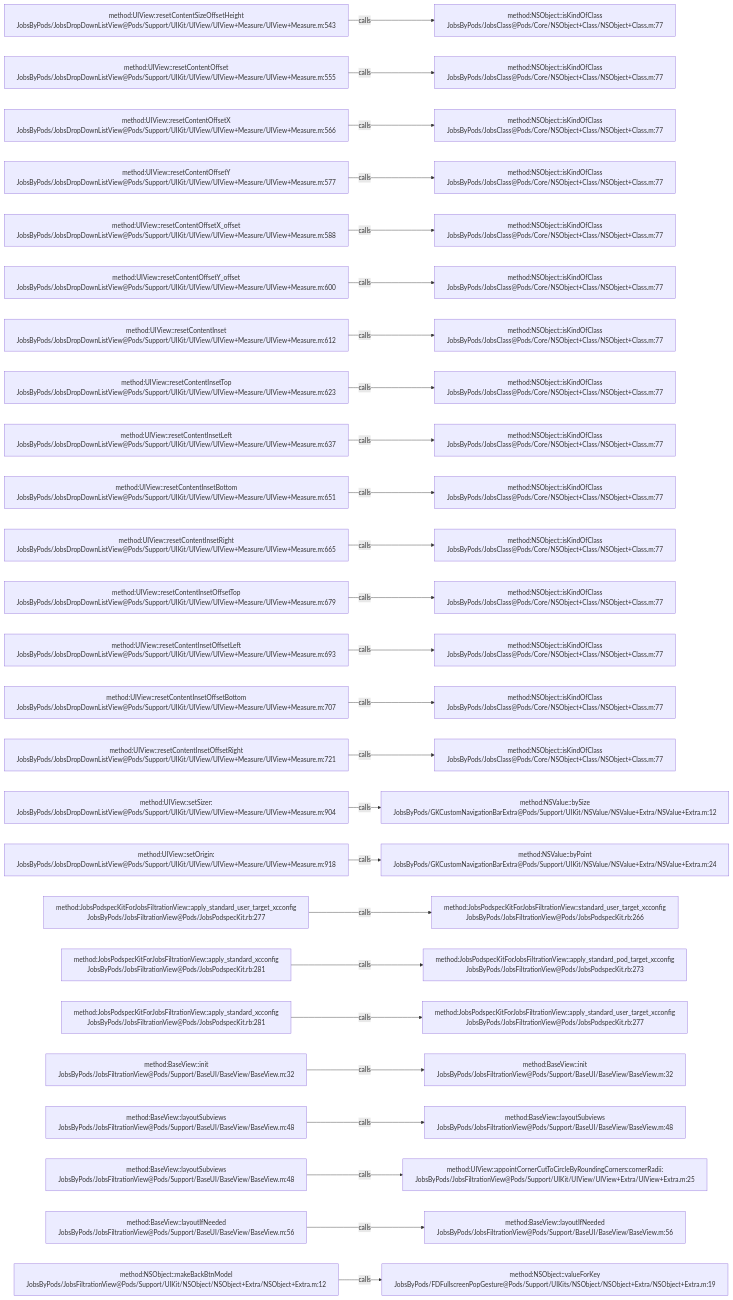
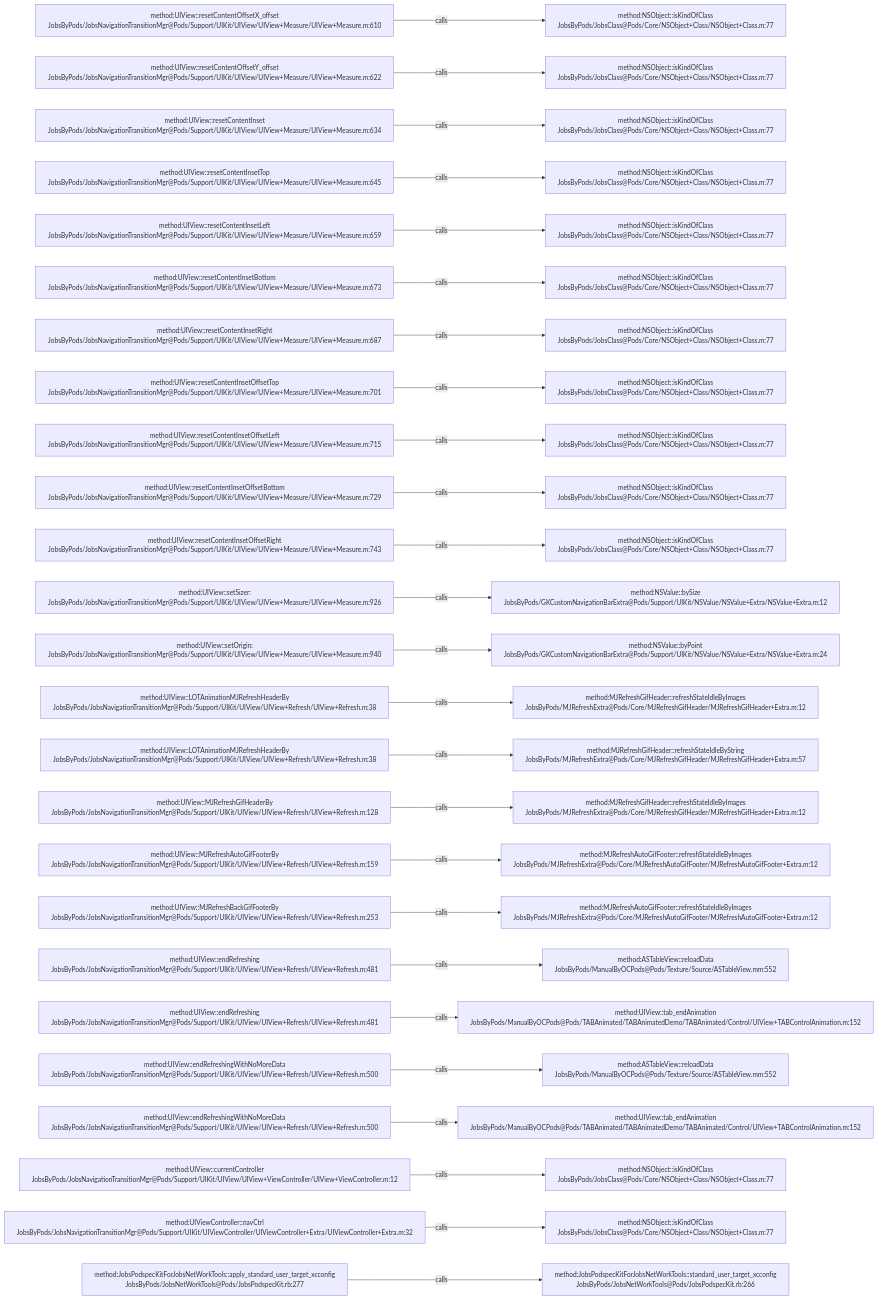
Before and after one commit to JobsKits/JobsOCBaseConfigDemo: the diagram in .codegraph/codegraph.md/graphs/calls-094.md, drawn with Mermaid. The commit also changed 573 other files, not shown here.

````diff
--- a/.codegraph/codegraph.md/graphs/calls-094.md
+++ b/.codegraph/codegraph.md/graphs/calls-094.md
@@ -13,78 +13,78 @@
 ```mermaid
 flowchart LR
-  S1["method:UIView::resetContentSizeOffsetHeight<br/>JobsByPods/JobsDropDownListView@Pods/Support/UIKit/UIView/UIView+Measure/UIView+Measure.m:543"]
+  S1["method:UIView::resetContentOffsetX_offset<br/>JobsByPods/JobsNavigationTransitionMgr@Pods/Support/UIKit/UIView/UIView+Measure/UIView+Measure.m:610"]
   T1["method:NSObject::isKindOfClass<br/>JobsByPods/JobsClass@Pods/Core/NSObject+Class/NSObject+Class.m:77"]
   S1 -->|calls| T1
-  S2["method:UIView::resetContentOffset<br/>JobsByPods/JobsDropDownListView@Pods/Support/UIKit/UIView/UIView+Measure/UIView+Measure.m:555"]
+  S2["method:UIView::resetContentOffsetY_offset<br/>JobsByPods/JobsNavigationTransitionMgr@Pods/Support/UIKit/UIView/UIView+Measure/UIView+Measure.m:622"]
   T2["method:NSObject::isKindOfClass<br/>JobsByPods/JobsClass@Pods/Core/NSObject+Class/NSObject+Class.m:77"]
   S2 -->|calls| T2
-  S3["method:UIView::resetContentOffsetX<br/>JobsByPods/JobsDropDownListView@Pods/Support/UIKit/UIView/UIView+Measure/UIView+Measure.m:566"]
+  S3["method:UIView::resetContentInset<br/>JobsByPods/JobsNavigationTransitionMgr@Pods/Support/UIKit/UIView/UIView+Measure/UIView+Measure.m:634"]
   T3["method:NSObject::isKindOfClass<br/>JobsByPods/JobsClass@Pods/Core/NSObject+Class/NSObject+Class.m:77"]
   S3 -->|calls| T3
-  S4["method:UIView::resetContentOffsetY<br/>JobsByPods/JobsDropDownListView@Pods/Support/UIKit/UIView/UIView+Measure/UIView+Measure.m:577"]
+  S4["method:UIView::resetContentInsetTop<br/>JobsByPods/JobsNavigationTransitionMgr@Pods/Support/UIKit/UIView/UIView+Measure/UIView+Measure.m:645"]
   T4["method:NSObject::isKindOfClass<br/>JobsByPods/JobsClass@Pods/Core/NSObject+Class/NSObject+Class.m:77"]
   S4 -->|calls| T4
-  S5["method:UIView::resetContentOffsetX_offset<br/>JobsByPods/JobsDropDownListView@Pods/Support/UIKit/UIView/UIView+Measure/UIView+Measure.m:588"]
+  S5["method:UIView::resetContentInsetLeft<br/>JobsByPods/JobsNavigationTransitionMgr@Pods/Support/UIKit/UIView/UIView+Measure/UIView+Measure.m:659"]
   T5["method:NSObject::isKindOfClass<br/>JobsByPods/JobsClass@Pods/Core/NSObject+Class/NSObject+Class.m:77"]
   S5 -->|calls| T5
-  S6["method:UIView::resetContentOffsetY_offset<br/>JobsByPods/JobsDropDownListView@Pods/Support/UIKit/UIView/UIView+Measure/UIView+Measure.m:600"]
+  S6["method:UIView::resetContentInsetBottom<br/>JobsByPods/JobsNavigationTransitionMgr@Pods/Support/UIKit/UIView/UIView+Measure/UIView+Measure.m:673"]
   T6["method:NSObject::isKindOfClass<br/>JobsByPods/JobsClass@Pods/Core/NSObject+Class/NSObject+Class.m:77"]
   S6 -->|calls| T6
-  S7["method:UIView::resetContentInset<br/>JobsByPods/JobsDropDownListView@Pods/Support/UIKit/UIView/UIView+Measure/UIView+Measure.m:612"]
+  S7["method:UIView::resetContentInsetRight<br/>JobsByPods/JobsNavigationTransitionMgr@Pods/Support/UIKit/UIView/UIView+Measure/UIView+Measure.m:687"]
   T7["method:NSObject::isKindOfClass<br/>JobsByPods/JobsClass@Pods/Core/NSObject+Class/NSObject+Class.m:77"]
   S7 -->|calls| T7
-  S8["method:UIView::resetContentInsetTop<br/>JobsByPods/JobsDropDownListView@Pods/Support/UIKit/UIView/UIView+Measure/UIView+Measure.m:623"]
+  S8["method:UIView::resetContentInsetOffsetTop<br/>JobsByPods/JobsNavigationTransitionMgr@Pods/Support/UIKit/UIView/UIView+Measure/UIView+Measure.m:701"]
   T8["method:NSObject::isKindOfClass<br/>JobsByPods/JobsClass@Pods/Core/NSObject+Class/NSObject+Class.m:77"]
   S8 -->|calls| T8
-  S9["method:UIView::resetContentInsetLeft<br/>JobsByPods/JobsDropDownListView@Pods/Support/UIKit/UIView/UIView+Measure/UIView+Measure.m:637"]
+  S9["method:UIView::resetContentInsetOffsetLeft<br/>JobsByPods/JobsNavigationTransitionMgr@Pods/Support/UIKit/UIView/UIView+Measure/UIView+Measure.m:715"]
   T9["method:NSObject::isKindOfClass<br/>JobsByPods/JobsClass@Pods/Core/NSObject+Class/NSObject+Class.m:77"]
   S9 -->|calls| T9
-  S10["method:UIView::resetContentInsetBottom<br/>JobsByPods/JobsDropDownListView@Pods/Support/UIKit/UIView/UIView+Measure/UIView+Measure.m:651"]
+  S10["method:UIView::resetContentInsetOffsetBottom<br/>JobsByPods/JobsNavigationTransitionMgr@Pods/Support/UIKit/UIView/UIView+Measure/UIView+Measure.m:729"]
   T10["method:NSObject::isKindOfClass<br/>JobsByPods/JobsClass@Pods/Core/NSObject+Class/NSObject+Class.m:77"]
   S10 -->|calls| T10
-  S11["method:UIView::resetContentInsetRight<br/>JobsByPods/JobsDropDownListView@Pods/Support/UIKit/UIView/UIView+Measure/UIView+Measure.m:665"]
+  S11["method:UIView::resetContentInsetOffsetRight<br/>JobsByPods/JobsNavigationTransitionMgr@Pods/Support/UIKit/UIView/UIView+Measure/UIView+Measure.m:743"]
   T11["method:NSObject::isKindOfClass<br/>JobsByPods/JobsClass@Pods/Core/NSObject+Class/NSObject+Class.m:77"]
   S11 -->|calls| T11
-  S12["method:UIView::resetContentInsetOffsetTop<br/>JobsByPods/JobsDropDownListView@Pods/Support/UIKit/UIView/UIView+Measure/UIView+Measure.m:679"]
-  T12["method:NSObject::isKindOfClass<br/>JobsByPods/JobsClass@Pods/Core/NSObject+Class/NSObject+Class.m:77"]
+  S12["method:UIView::setSizer:<br/>JobsByPods/JobsNavigationTransitionMgr@Pods/Support/UIKit/UIView/UIView+Measure/UIView+Measure.m:926"]
+  T12["method:NSValue::bySize<br/>JobsByPods/GKCustomNavigationBarExtra@Pods/Support/UIKit/NSValue/NSValue+Extra/NSValue+Extra.m:12"]
   S12 -->|calls| T12
-  S13["method:UIView::resetContentInsetOffsetLeft<br/>JobsByPods/JobsDropDownListView@Pods/Support/UIKit/UIView/UIView+Measure/UIView+Measure.m:693"]
-  T13["method:NSObject::isKindOfClass<br/>JobsByPods/JobsClass@Pods/Core/NSObject+Class/NSObject+Class.m:77"]
+  S13["method:UIView::setOrigin:<br/>JobsByPods/JobsNavigationTransitionMgr@Pods/Support/UIKit/UIView/UIView+Measure/UIView+Measure.m:940"]
+  T13["method:NSValue::byPoint<br/>JobsByPods/GKCustomNavigationBarExtra@Pods/Support/UIKit/NSValue/NSValue+Extra/NSValue+Extra.m:24"]
   S13 -->|calls| T13
-  S14["method:UIView::resetContentInsetOffsetBottom<br/>JobsByPods/JobsDropDownListView@Pods/Support/UIKit/UIView/UIView+Measure/UIView+Measure.m:707"]
-  T14["method:NSObject::isKindOfClass<br/>JobsByPods/JobsClass@Pods/Core/NSObject+Class/NSObject+Class.m:77"]
+  S14["method:UIView::LOTAnimationMJRefreshHeaderBy<br/>JobsByPods/JobsNavigationTransitionMgr@Pods/Support/UIKit/UIView/UIView+Refresh/UIView+Refresh.m:38"]
+  T14["method:MJRefreshGifHeader::refreshStateIdleByImages<br/>JobsByPods/MJRefreshExtra@Pods/Core/MJRefreshGifHeader/MJRefreshGifHeader+Extra.m:12"]
   S14 -->|calls| T14
-  S15["method:UIView::resetContentInsetOffsetRight<br/>JobsByPods/JobsDropDownListView@Pods/Support/UIKit/UIView/UIView+Measure/UIView+Measure.m:721"]
-  T15["method:NSObject::isKindOfClass<br/>JobsByPods/JobsClass@Pods/Core/NSObject+Class/NSObject+Class.m:77"]
+  S15["method:UIView::LOTAnimationMJRefreshHeaderBy<br/>JobsByPods/JobsNavigationTransitionMgr@Pods/Support/UIKit/UIView/UIView+Refresh/UIView+Refresh.m:38"]
+  T15["method:MJRefreshGifHeader::refreshStateIdleByString<br/>JobsByPods/MJRefreshExtra@Pods/Core/MJRefreshGifHeader/MJRefreshGifHeader+Extra.m:57"]
   S15 -->|calls| T15
-  S16["method:UIView::setSizer:<br/>JobsByPods/JobsDropDownListView@Pods/Support/UIKit/UIView/UIView+Measure/UIView+Measure.m:904"]
-  T16["method:NSValue::bySize<br/>JobsByPods/GKCustomNavigationBarExtra@Pods/Support/UIKit/NSValue/NSValue+Extra/NSValue+Extra.m:12"]
+  S16["method:UIView::MJRefreshGifHeaderBy<br/>JobsByPods/JobsNavigationTransitionMgr@Pods/Support/UIKit/UIView/UIView+Refresh/UIView+Refresh.m:128"]
+  T16["method:MJRefreshGifHeader::refreshStateIdleByImages<br/>JobsByPods/MJRefreshExtra@Pods/Core/MJRefreshGifHeader/MJRefreshGifHeader+Extra.m:12"]
   S16 -->|calls| T16
-  S17["method:UIView::setOrigin:<br/>JobsByPods/JobsDropDownListView@Pods/Support/UIKit/UIView/UIView+Measure/UIView+Measure.m:918"]
-  T17["method:NSValue::byPoint<br/>JobsByPods/GKCustomNavigationBarExtra@Pods/Support/UIKit/NSValue/NSValue+Extra/NSValue+Extra.m:24"]
+  S17["method:UIView::MJRefreshAutoGifFooterBy<br/>JobsByPods/JobsNavigationTransitionMgr@Pods/Support/UIKit/UIView/UIView+Refresh/UIView+Refresh.m:159"]
+  T17["method:MJRefreshAutoGifFooter::refreshStateIdleByImages<br/>JobsByPods/MJRefreshExtra@Pods/Core/MJRefreshAutoGifFooter/MJRefreshAutoGifFooter+Extra.m:12"]
   S17 -->|calls| T17
-  S18["method:JobsPodspecKitForJobsFiltrationView::apply_standard_user_target_xcconfig<br/>JobsByPods/JobsFiltrationView@Pods/JobsPodspecKit.rb:277"]
-  T18["method:JobsPodspecKitForJobsFiltrationView::standard_user_target_xcconfig<br/>JobsByPods/JobsFiltrationView@Pods/JobsPodspecKit.rb:266"]
+  S18["method:UIView::MJRefreshBackGifFooterBy<br/>JobsByPods/JobsNavigationTransitionMgr@Pods/Support/UIKit/UIView/UIView+Refresh/UIView+Refresh.m:253"]
+  T18["method:MJRefreshAutoGifFooter::refreshStateIdleByImages<br/>JobsByPods/MJRefreshExtra@Pods/Core/MJRefreshAutoGifFooter/MJRefreshAutoGifFooter+Extra.m:12"]
   S18 -->|calls| T18
-  S19["method:JobsPodspecKitForJobsFiltrationView::apply_standard_xcconfig<br/>JobsByPods/JobsFiltrationView@Pods/JobsPodspecKit.rb:281"]
-  T19["method:JobsPodspecKitForJobsFiltrationView::apply_standard_pod_target_xcconfig<br/>JobsByPods/JobsFiltrationView@Pods/JobsPodspecKit.rb:273"]
+  S19["method:UIView::endRefreshing<br/>JobsByPods/JobsNavigationTransitionMgr@Pods/Support/UIKit/UIView/UIView+Refresh/UIView+Refresh.m:481"]
+  T19["method:ASTableView::reloadData<br/>JobsByPods/ManualByOCPods@Pods/Texture/Source/ASTableView.mm:552"]
   S19 -->|calls| T19
-  S20["method:JobsPodspecKitForJobsFiltrationView::apply_standard_xcconfig<br/>JobsByPods/JobsFiltrationView@Pods/JobsPodspecKit.rb:281"]
-  T20["method:JobsPodspecKitForJobsFiltrationView::apply_standard_user_target_xcconfig<br/>JobsByPods/JobsFiltrationView@Pods/JobsPodspecKit.rb:277"]
+  S20["method:UIView::endRefreshing<br/>JobsByPods/JobsNavigationTransitionMgr@Pods/Support/UIKit/UIView/UIView+Refresh/UIView+Refresh.m:481"]
+  T20["method:UIView::tab_endAnimation<br/>JobsByPods/ManualByOCPods@Pods/TABAnimated/TABAnimatedDemo/TABAnimated/Control/UIView+TABControlAnimation.m:152"]
   S20 -->|calls| T20
-  S21["method:BaseView::init<br/>JobsByPods/JobsFiltrationView@Pods/Support/BaseUI/BaseView/BaseView.m:32"]
-  T21["method:BaseView::init<br/>JobsByPods/JobsFiltrationView@Pods/Support/BaseUI/BaseView/BaseView.m:32"]
+  S21["method:UIView::endRefreshingWithNoMoreData<br/>JobsByPods/JobsNavigationTransitionMgr@Pods/Support/UIKit/UIView/UIView+Refresh/UIView+Refresh.m:500"]
+  T21["method:ASTableView::reloadData<br/>JobsByPods/ManualByOCPods@Pods/Texture/Source/ASTableView.mm:552"]
   S21 -->|calls| T21
-  S22["method:BaseView::layoutSubviews<br/>JobsByPods/JobsFiltrationView@Pods/Support/BaseUI/BaseView/BaseView.m:48"]
-  T22["method:BaseView::layoutSubviews<br/>JobsByPods/JobsFiltrationView@Pods/Support/BaseUI/BaseView/BaseView.m:48"]
+  S22["method:UIView::endRefreshingWithNoMoreData<br/>JobsByPods/JobsNavigationTransitionMgr@Pods/Support/UIKit/UIView/UIView+Refresh/UIView+Refresh.m:500"]
+  T22["method:UIView::tab_endAnimation<br/>JobsByPods/ManualByOCPods@Pods/TABAnimated/TABAnimatedDemo/TABAnimated/Control/UIView+TABControlAnimation.m:152"]
   S22 -->|calls| T22
-  S23["method:BaseView::layoutSubviews<br/>JobsByPods/JobsFiltrationView@Pods/Support/BaseUI/BaseView/BaseView.m:48"]
-  T23["method:UIView::appointCornerCutToCircleByRoundingCorners:cornerRadii:<br/>JobsByPods/JobsFiltrationView@Pods/Support/UIKit/UIView/UIView+Extra/UIView+Extra.m:25"]
+  S23["method:UIView::currentController<br/>JobsByPods/JobsNavigationTransitionMgr@Pods/Support/UIKit/UIView/UIView+ViewController/UIView+ViewController.m:12"]
+  T23["method:NSObject::isKindOfClass<br/>JobsByPods/JobsClass@Pods/Core/NSObject+Class/NSObject+Class.m:77"]
   S23 -->|calls| T23
-  S24["method:BaseView::layoutIfNeeded<br/>JobsByPods/JobsFiltrationView@Pods/Support/BaseUI/BaseView/BaseView.m:56"]
-  T24["method:BaseView::layoutIfNeeded<br/>JobsByPods/JobsFiltrationView@Pods/Support/BaseUI/BaseView/BaseView.m:56"]
+  S24["method:UIViewController::navCtrl<br/>JobsByPods/JobsNavigationTransitionMgr@Pods/Support/UIKit/UIViewController/UIViewController+Extra/UIViewController+Extra.m:32"]
+  T24["method:NSObject::isKindOfClass<br/>JobsByPods/JobsClass@Pods/Core/NSObject+Class/NSObject+Class.m:77"]
   S24 -->|calls| T24
-  S25["method:NSObject::makeBackBtnModel<br/>JobsByPods/JobsFiltrationView@Pods/Support/UIKit/NSObject/NSObject+Extra/NSObject+Extra.m:12"]
-  T25["method:NSObject::valueForKey<br/>JobsByPods/FDFullscreenPopGesture@Pods/Support/UIKits/NSObject/NSObject+Extra/NSObject+Extra.m:19"]
+  S25["method:JobsPodspecKitForJobsNetWorkTools::apply_standard_user_target_xcconfig<br/>JobsByPods/JobsNetWorkTools@Pods/JobsPodspecKit.rb:277"]
+  T25["method:JobsPodspecKitForJobsNetWorkTools::standard_user_target_xcconfig<br/>JobsByPods/JobsNetWorkTools@Pods/JobsPodspecKit.rb:266"]
   S25 -->|calls| T25
 ```
````
